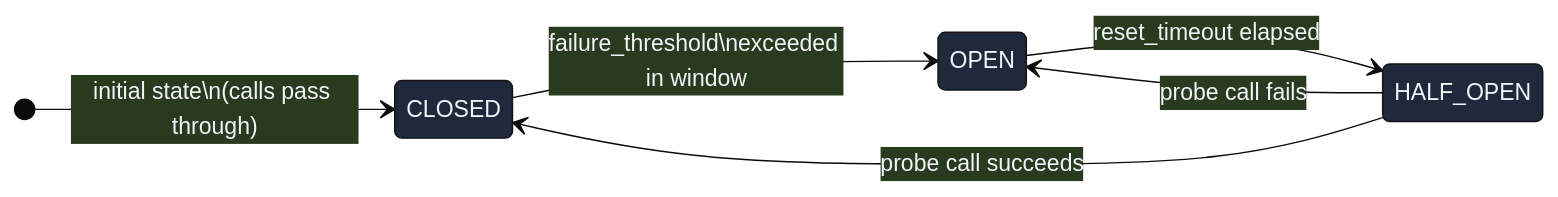
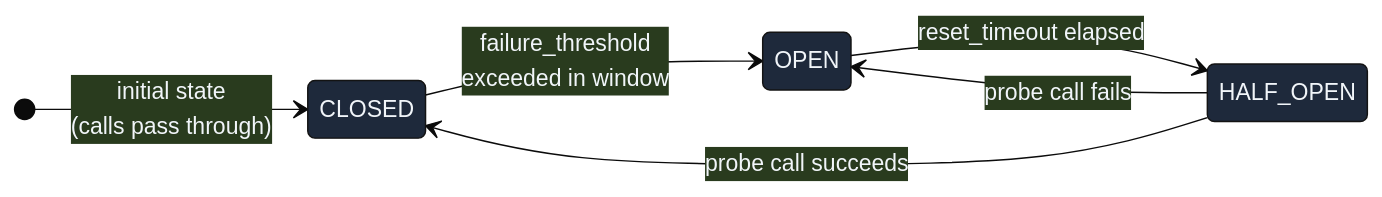
One commit to Ravikumarchavva/agent-substrate changed diagram 17 of 18 in agents/agent-substrate/docs/framework/kernel.md. Above: the diagram before and after it, drawn with Mermaid. The commit also changed other lines of this file and 195 other files, not shown here.

````diff
--- a/agents/agent-substrate/docs/framework/kernel.md
+++ b/agents/agent-substrate/docs/framework/kernel.md
@@ -791,10 +799,10 @@
 ```mermaid
 %%{init: {"theme": "base", "themeVariables": {"primaryColor": "#1e293b", "primaryTextColor": "#f1f5f9"}}}%%
 stateDiagram-v2
     direction LR
-    [*] --> CLOSED : initial state\n(calls pass through)
-    CLOSED --> OPEN : failure_threshold\nexceeded in window
+    [*] --> CLOSED : initial state<br/>(calls pass through)
+    CLOSED --> OPEN : failure_threshold<br/>exceeded in window
     OPEN --> HALF_OPEN : reset_timeout elapsed
     HALF_OPEN --> CLOSED : probe call succeeds
     HALF_OPEN --> OPEN : probe call fails
 ```
````
